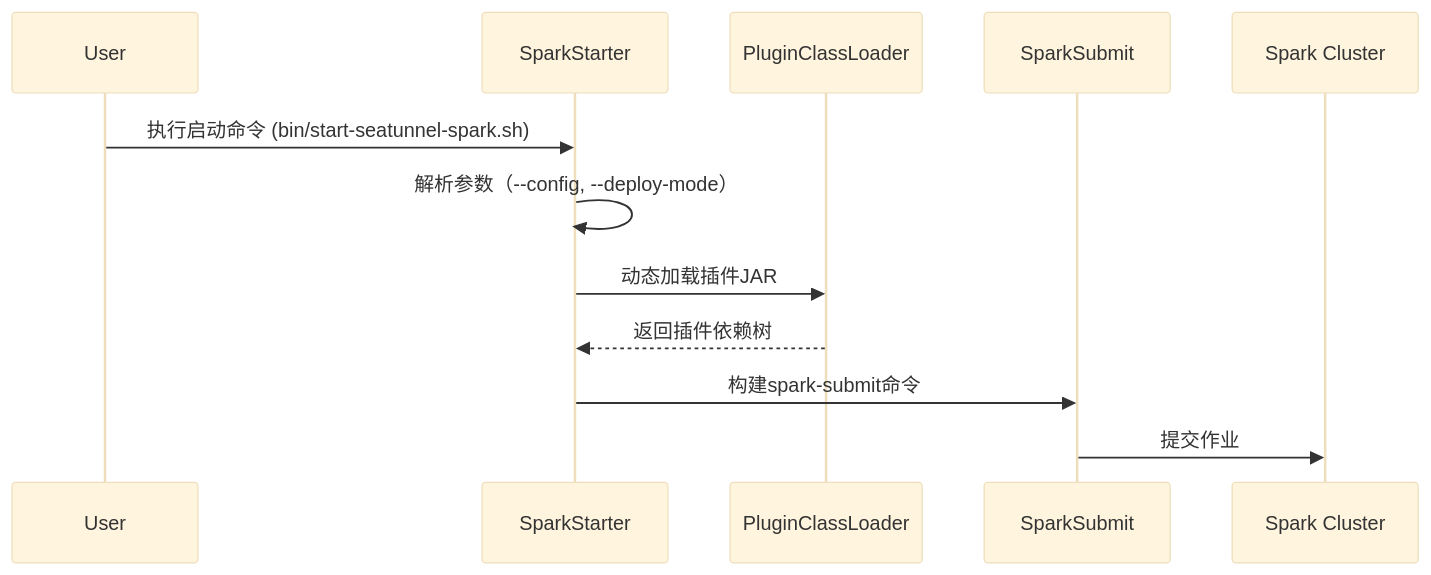
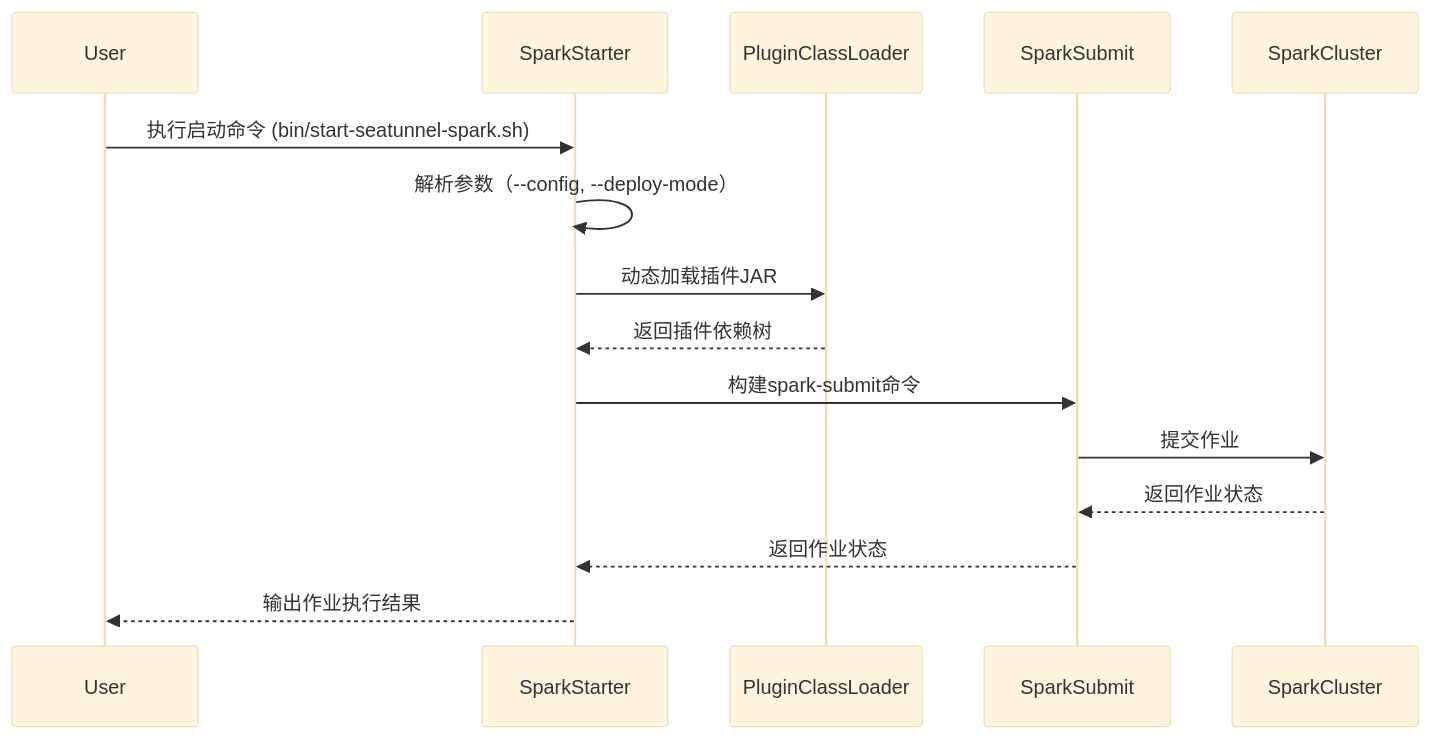
One commit to Xuxiaotuan/Xuxiaotuan.github.io changed the diagram in _posts/seatunnel/2025-07-20-seatunnel-spark-sourcecode.md. Above: the diagram before and after it, drawn with Mermaid (base theme). The commit also changed other lines of this file and 5 other files, not shown here.

````diff
--- a/_posts/seatunnel/2025-07-20-seatunnel-spark-sourcecode.md
+++ b/_posts/seatunnel/2025-07-20-seatunnel-spark-sourcecode.md
@@ -28,14 +28,18 @@
 ```mermaid
 sequenceDiagram  
   participant User  
   participant SparkStarter  
   participant PluginClassLoader  
   participant SparkSubmit  
+  participant SparkCluster  
   
   User->>SparkStarter: 执行启动命令 (bin/start-seatunnel-spark.sh)  
   SparkStarter->>SparkStarter: 解析参数（--config, --deploy-mode）  
   SparkStarter->>PluginClassLoader: 动态加载插件JAR  
   PluginClassLoader-->>SparkStarter: 返回插件依赖树  
   SparkStarter->>SparkSubmit: 构建spark-submit命令  
-  SparkSubmit->>Spark Cluster: 提交作业  
+  SparkSubmit->>SparkCluster: 提交作业  
+  SparkCluster-->>SparkSubmit: 返回作业状态  
+  SparkSubmit-->>SparkStarter: 返回作业状态  
+  SparkStarter-->>User: 输出作业执行结果  
 ```
````
